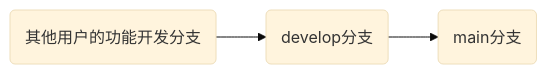
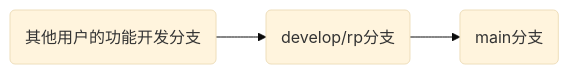
Before and after one commit to xystudio889/pyClickMouse: the diagram in CONTRIBUTING.md, drawn with Mermaid (base theme). The commit also changed other lines of this file and 23 other files, not shown here.

````diff
--- a/CONTRIBUTING.md
+++ b/CONTRIBUTING.md
@@ -75,5 +89,5 @@
 ```mermaid
 graph LR
-A(其他用户的功能开发分支) --> B(develop分支)
+A(其他用户的功能开发分支) --> B(develop/rp分支)
 B --> C(main分支)
 ```
````
